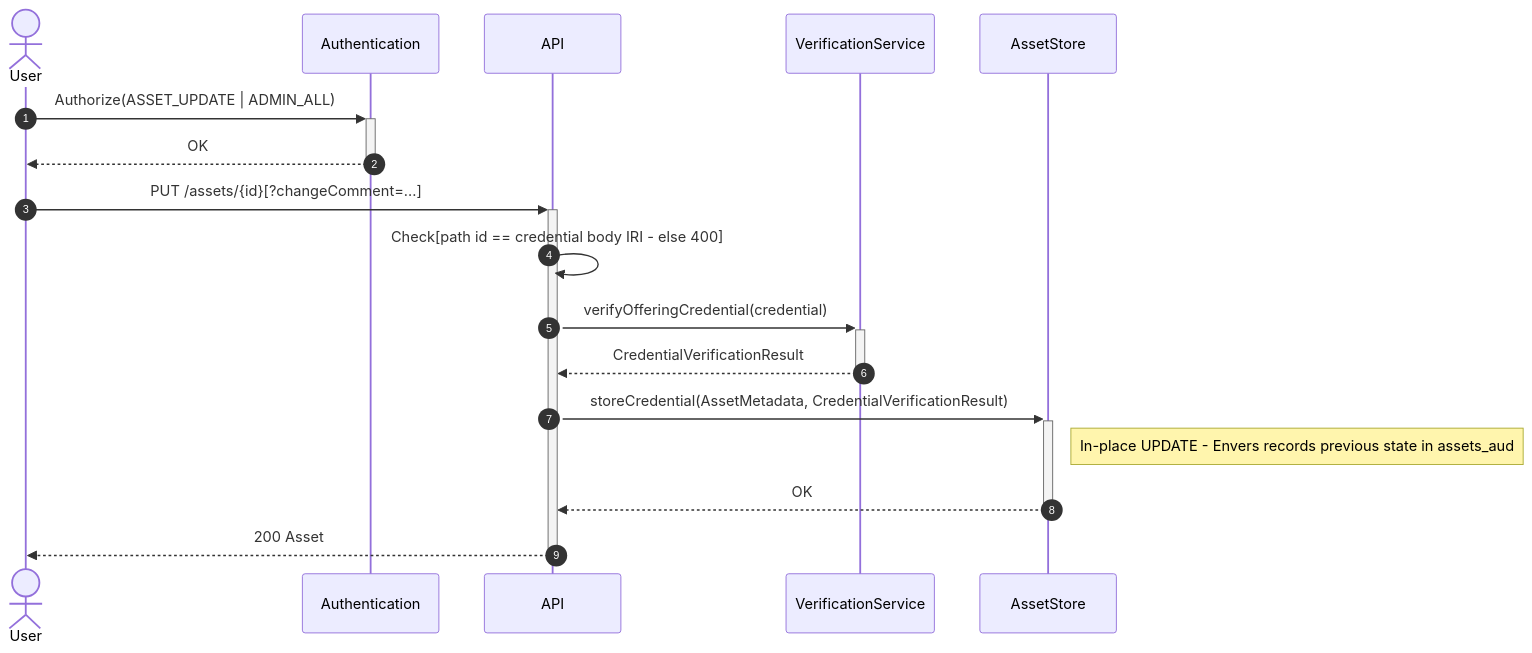
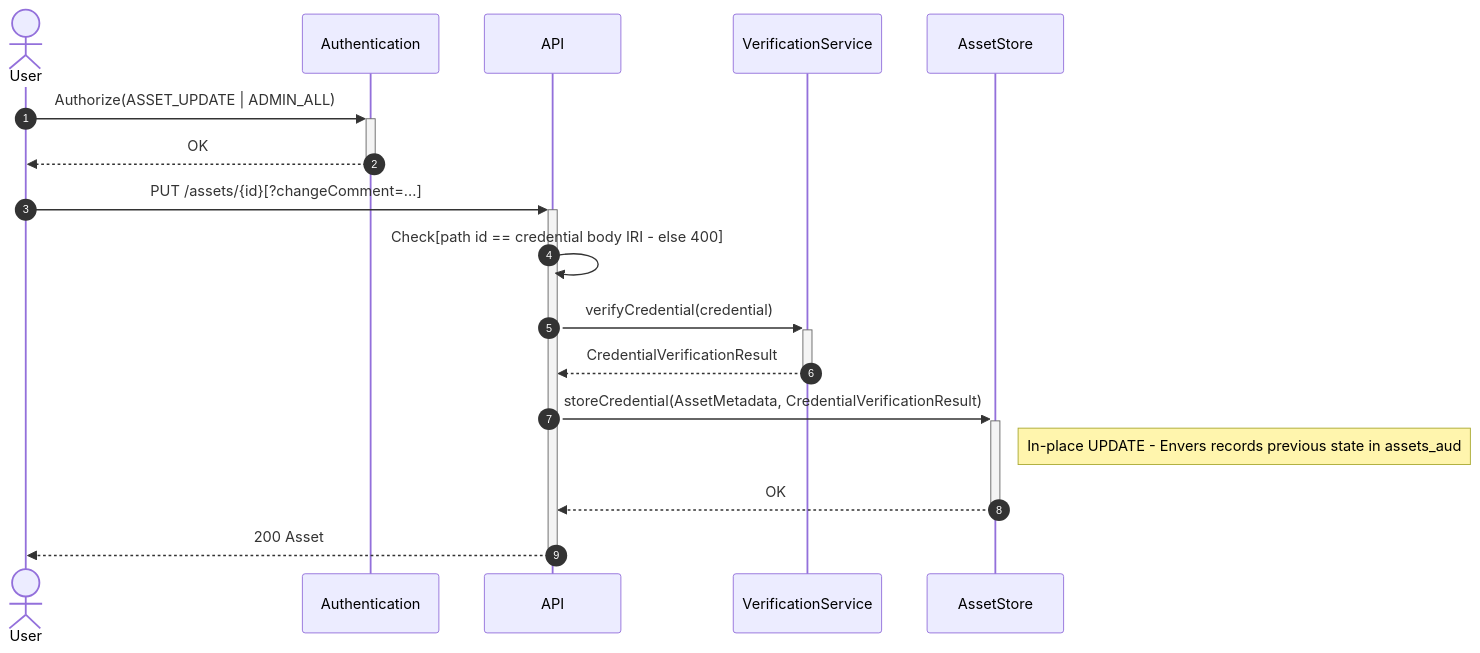
One commit to federated-catalogue-enhancements-2026/docs changed diagram 19 of 44 in federated-catalogue/src/docs/architecture/chapters/06_runtime_view.adoc. Above: the diagram before and after it, drawn with Mermaid. The commit also changed other lines of this file and 3 other files, not shown here.

```diff
--- a/federated-catalogue/src/docs/architecture/chapters/06_runtime_view.adoc
+++ b/federated-catalogue/src/docs/architecture/chapters/06_runtime_view.adoc
@@ -675,20 +675,20 @@
 [mermaid, width=2000]
 ....
 sequenceDiagram
     autonumber
     actor User
     participant Auth as Authentication
     participant API
     participant VerificationService
     participant AssetStore as AssetStore
     User ->> + Auth:Authorize(ASSET_UPDATE | ADMIN_ALL)
     Auth -->> - User:OK
     User ->> + API:PUT /assets/{id}[?changeComment=...]
     API ->> API:Check[path id == credential body IRI - else 400]
-    API ->> + VerificationService:verifyOfferingCredential(credential)
+    API ->> + VerificationService:verifyCredential(credential)
     VerificationService -->> - API:CredentialVerificationResult
     API ->> + AssetStore:storeCredential(AssetMetadata, CredentialVerificationResult)
     Note right of AssetStore: In-place UPDATE - Envers records previous state in assets_aud
     AssetStore -->> - API:OK
     API -->> - User:200 Asset
 ....
```
